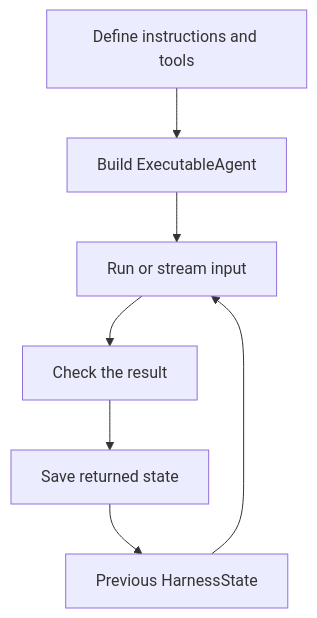
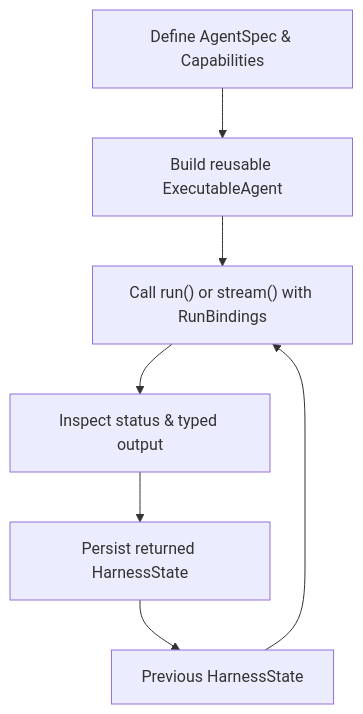
The diagram in docs/a13n-harness/index.md (converge-ai-labs/agent-foundation), drawn with Mermaid before and after one commit. The commit also changed other lines of this file and 258 other files, not shown here.

````diff
--- a/docs/a13n-harness/index.md
+++ b/docs/a13n-harness/index.md
@@ -24,13 +22,13 @@
 ```mermaid
 flowchart TB
-    Spec["Define instructions and tools"] --> Build["Build ExecutableAgent"]
-    Build --> Run["Run or stream input"]
+    Spec["Define AgentSpec & Capabilities"] --> Build["Build reusable ExecutableAgent"]
+    Build --> Run["Call run() or stream() with RunBindings"]
     State["Previous HarnessState"] --> Run
-    Run --> Result["Check the result"]
-    Result --> Save["Save returned state"]
+    Run --> Result["Inspect status & typed output"]
+    Result --> Save["Persist returned HarnessState"]
     Save --> State
 
     class Spec,Build,Run a13n
     class State,Save store
     class Result success
 ```
````
